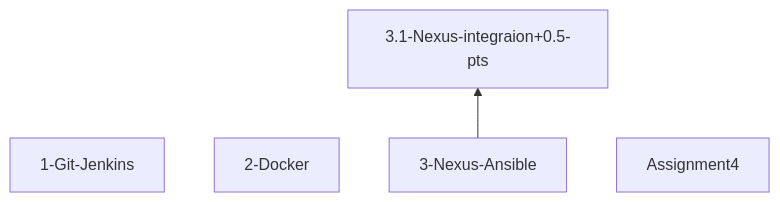
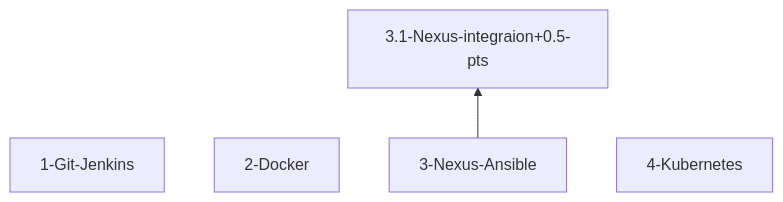
The diagram in docs/index.rst (j-avdeev/DevOps), drawn with Mermaid before and after one commit.

Commit message:
upd index.rst

```diff
--- a/docs/index.rst
+++ b/docs/index.rst
@@ -94,7 +94,7 @@
 .. mermaid::
 
    graph BT;
       1-Git-Jenkins;
       2-Docker;
       3-Nexus-Ansible --> 3.1-Nexus-integraion+0.5-pts;
-      Assignment4;
+      4-Kubernetes;
```
